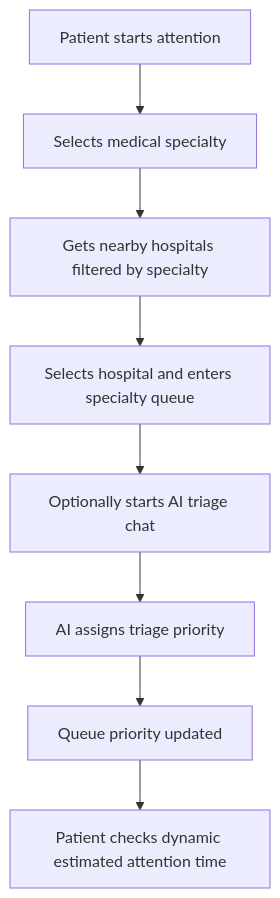
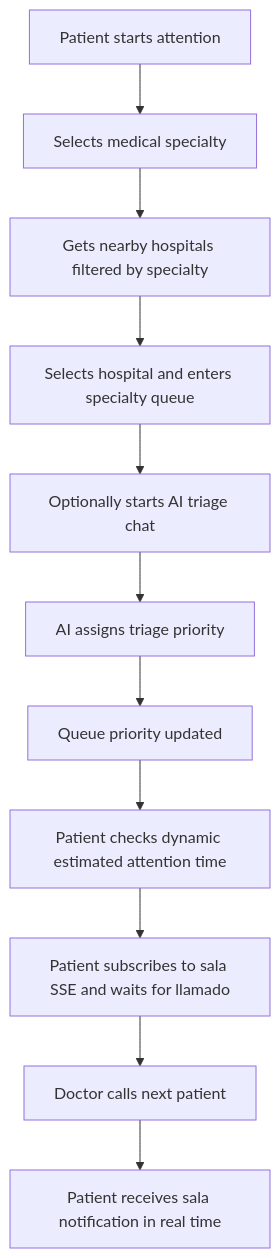
One commit to MatiasCanevaro/pretriage_backend changed the diagram in docs/02-patient-flow.md. Above: the diagram before and after it, drawn with Mermaid. The commit also changed other lines of this file and 15 other files, not shown here.

Commit message:
implemento SSE para avisar al paciente que el medico lo esta llamdo en la sala correspondiente + tests + actualizo docs

````diff
--- a/docs/02-patient-flow.md
+++ b/docs/02-patient-flow.md
@@ -5,10 +5,13 @@
 ```mermaid
 flowchart TD
     A[Patient starts attention] --> B[Selects medical specialty]
     B --> C[Gets nearby hospitals filtered by specialty]
     C --> D[Selects hospital and enters specialty queue]
     D --> E[Optionally starts AI triage chat]
     E --> F[AI assigns triage priority]
     F --> G[Queue priority updated]
     G --> H[Patient checks dynamic estimated attention time]
+    H --> I[Patient subscribes to sala SSE and waits for llamado]
+    I --> J[Doctor calls next patient]
+    J --> K[Patient receives sala notification in real time]
 ```
````
